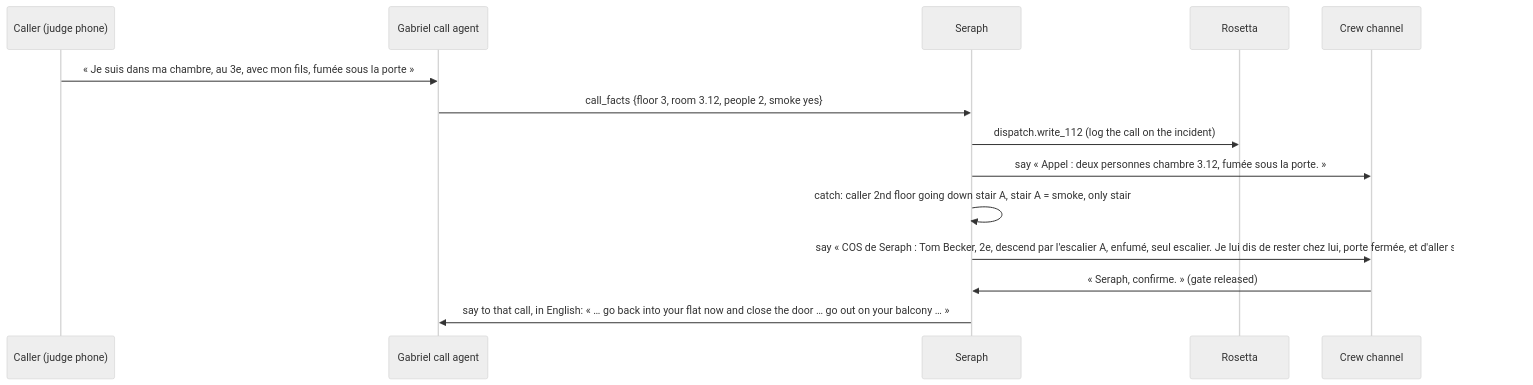
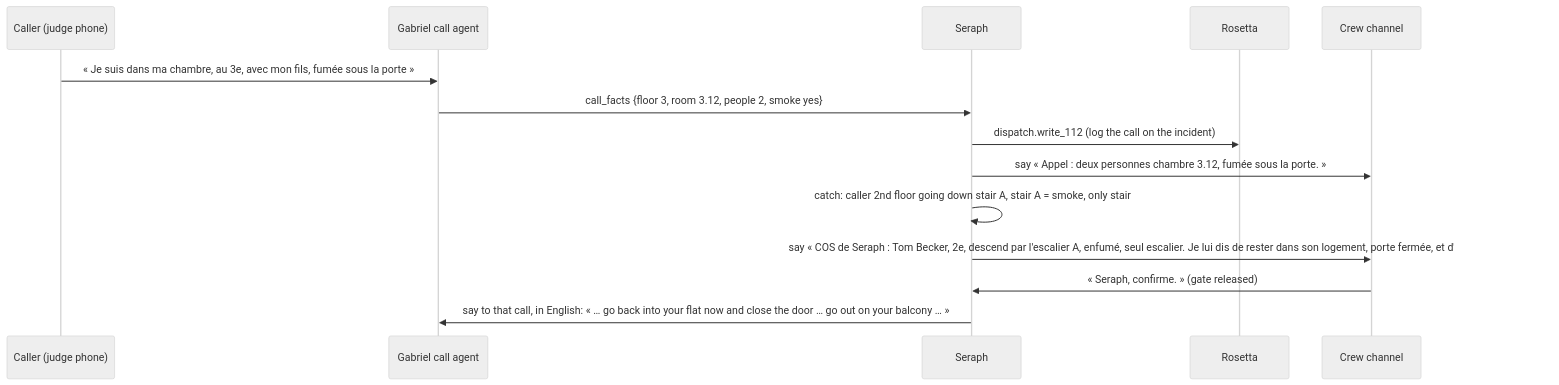
The second of 3 diagrams in docs/01-architecture.md (amilkourd/seraph), drawn with Mermaid (neutral theme) before and after one commit. The commit also changed 7 other files, not shown here.

````diff
--- a/docs/01-architecture.md
+++ b/docs/01-architecture.md
@@ -98,16 +98,16 @@
 ```mermaid
 sequenceDiagram
   participant C as Caller (judge phone)
   participant G as Gabriel call agent
   participant S as Seraph
   participant R as Rosetta
   participant Crew as Crew channel
   C->>G: « Je suis dans ma chambre, au 3e, avec mon fils, fumée sous la porte »
   G->>S: call_facts {floor 3, room 3.12, people 2, smoke yes}
   S->>R: dispatch.write_112 (log the call on the incident)
   S->>Crew: say « Appel : deux personnes chambre 3.12, fumée sous la porte. »
   S->>S: catch: caller 2nd floor going down stair A, stair A = smoke, only stair
-  S->>Crew: say « COS de Seraph : Tom Becker, 2e, descend par l'escalier A, enfumé, seul escalier. Je lui dis de rester chez lui, porte fermée, et d'aller sur le balcon ? »
+  S->>Crew: say « COS de Seraph : Tom Becker, 2e, descend par l'escalier A, enfumé, seul escalier. Je lui dis de rester dans son logement, porte fermée, et d'aller sur le balcon ? »
   Crew->>S: « Seraph, confirme. » (gate released)
   S->>G: say to that call, in English: « … go back into your flat now and close the door … go out on your balcony … »
 ```
````
